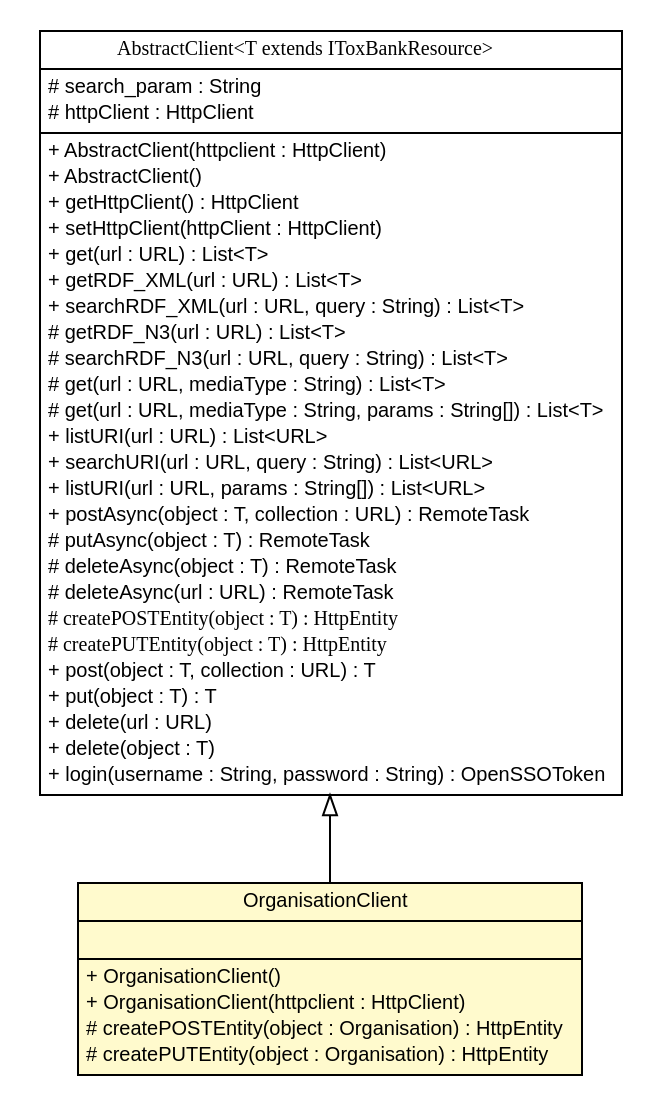
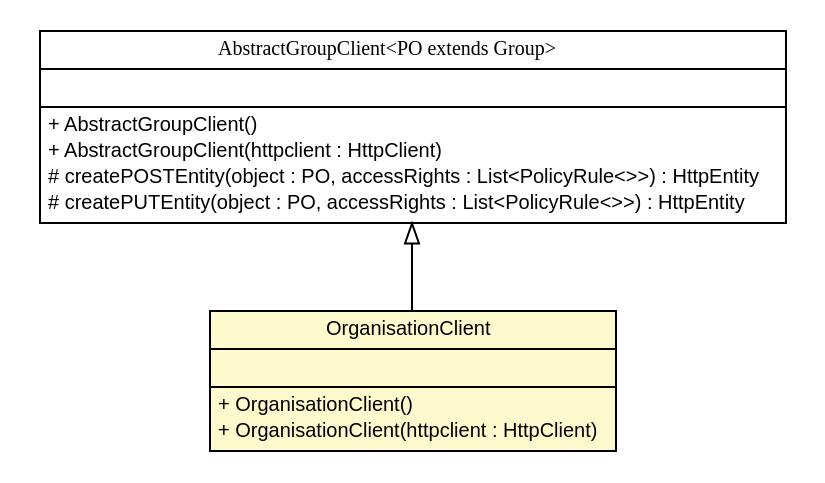
Before and after one commit to ToxBank/toxbank-api-client: the diagram in apidocs/net/toxbank/client/resource/OrganisationClient.dot, drawn with Graphviz. The commit also changed 329 other files, not shown here.

```diff
--- a/apidocs/net/toxbank/client/resource/OrganisationClient.dot
+++ b/apidocs/net/toxbank/client/resource/OrganisationClient.dot
@@ -1,64 +1,40 @@
 #!/usr/local/bin/dot
 #
 # Class diagram 
 # Generated by UmlGraph version 4.6 (http://www.spinellis.gr/sw/umlgraph)
 #
 
 digraph G {
 	edge [fontname="arial",fontsize=10,labelfontname="arial",labelfontsize=10];
 	node [fontname="arial",fontsize=10,shape=plaintext];
 	// net.toxbank.client.resource.OrganisationClient
-	c335 [label=<<table border="0" cellborder="1" cellspacing="0" cellpadding="2" port="p" bgcolor="lemonChiffon" href="./OrganisationClient.html">
+	c352 [label=<<table border="0" cellborder="1" cellspacing="0" cellpadding="2" port="p" bgcolor="lemonChiffon" href="./OrganisationClient.html">
 		<tr><td><table border="0" cellspacing="0" cellpadding="1">
 			<tr><td> OrganisationClient </td></tr>
 		</table></td></tr>
 		<tr><td><table border="0" cellspacing="0" cellpadding="1">
 			<tr><td align="left">  </td></tr>
 		</table></td></tr>
 		<tr><td><table border="0" cellspacing="0" cellpadding="1">
 			<tr><td align="left"> + OrganisationClient() </td></tr>
 			<tr><td align="left"> + OrganisationClient(httpclient : HttpClient) </td></tr>
-			<tr><td align="left"> # createPOSTEntity(object : Organisation) : HttpEntity </td></tr>
-			<tr><td align="left"> # createPUTEntity(object : Organisation) : HttpEntity </td></tr>
 		</table></td></tr>
 		</table>>, fontname="arial", fontcolor="black", fontsize=10.0];
-	// net.toxbank.client.resource.AbstractClient<T extends net.toxbank.client.resource.IToxBankResource>
-	c341 [label=<<table border="0" cellborder="1" cellspacing="0" cellpadding="2" port="p" href="./AbstractClient.html">
+	// net.toxbank.client.resource.AbstractGroupClient<PO extends net.toxbank.client.resource.Group>
+	c358 [label=<<table border="0" cellborder="1" cellspacing="0" cellpadding="2" port="p" href="./AbstractGroupClient.html">
 		<tr><td><table border="0" cellspacing="0" cellpadding="1">
-			<tr><td><font face="ariali"> AbstractClient&lt;T extends IToxBankResource&gt; </font></td></tr>
+			<tr><td><font face="ariali"> AbstractGroupClient&lt;PO extends Group&gt; </font></td></tr>
 		</table></td></tr>
 		<tr><td><table border="0" cellspacing="0" cellpadding="1">
-			<tr><td align="left"> # search_param : String </td></tr>
-			<tr><td align="left"> # httpClient : HttpClient </td></tr>
+			<tr><td align="left">  </td></tr>
 		</table></td></tr>
 		<tr><td><table border="0" cellspacing="0" cellpadding="1">
-			<tr><td align="left"> + AbstractClient(httpclient : HttpClient) </td></tr>
-			<tr><td align="left"> + AbstractClient() </td></tr>
-			<tr><td align="left"> + getHttpClient() : HttpClient </td></tr>
-			<tr><td align="left"> + setHttpClient(httpClient : HttpClient) </td></tr>
-			<tr><td align="left"> + get(url : URL) : List&lt;T&gt; </td></tr>
-			<tr><td align="left"> + getRDF_XML(url : URL) : List&lt;T&gt; </td></tr>
-			<tr><td align="left"> + searchRDF_XML(url : URL, query : String) : List&lt;T&gt; </td></tr>
-			<tr><td align="left"> # getRDF_N3(url : URL) : List&lt;T&gt; </td></tr>
-			<tr><td align="left"> # searchRDF_N3(url : URL, query : String) : List&lt;T&gt; </td></tr>
-			<tr><td align="left"> # get(url : URL, mediaType : String) : List&lt;T&gt; </td></tr>
-			<tr><td align="left"> # get(url : URL, mediaType : String, params : String[]) : List&lt;T&gt; </td></tr>
-			<tr><td align="left"> + listURI(url : URL) : List&lt;URL&gt; </td></tr>
-			<tr><td align="left"> + searchURI(url : URL, query : String) : List&lt;URL&gt; </td></tr>
-			<tr><td align="left"> + listURI(url : URL, params : String[]) : List&lt;URL&gt; </td></tr>
-			<tr><td align="left"> + postAsync(object : T, collection : URL) : RemoteTask </td></tr>
-			<tr><td align="left"> # putAsync(object : T) : RemoteTask </td></tr>
-			<tr><td align="left"> # deleteAsync(object : T) : RemoteTask </td></tr>
-			<tr><td align="left"> # deleteAsync(url : URL) : RemoteTask </td></tr>
-			<tr><td align="left"><font face="ariali" point-size="10.0"> # createPOSTEntity(object : T) : HttpEntity </font></td></tr>
-			<tr><td align="left"><font face="ariali" point-size="10.0"> # createPUTEntity(object : T) : HttpEntity </font></td></tr>
-			<tr><td align="left"> + post(object : T, collection : URL) : T </td></tr>
-			<tr><td align="left"> + put(object : T) : T </td></tr>
-			<tr><td align="left"> + delete(url : URL) </td></tr>
-			<tr><td align="left"> + delete(object : T) </td></tr>
-			<tr><td align="left"> + login(username : String, password : String) : OpenSSOToken </td></tr>
+			<tr><td align="left"> + AbstractGroupClient() </td></tr>
+			<tr><td align="left"> + AbstractGroupClient(httpclient : HttpClient) </td></tr>
+			<tr><td align="left"> # createPOSTEntity(object : PO, accessRights : List&lt;PolicyRule&lt;&gt;&gt;) : HttpEntity </td></tr>
+			<tr><td align="left"> # createPUTEntity(object : PO, accessRights : List&lt;PolicyRule&lt;&gt;&gt;) : HttpEntity </td></tr>
 		</table></td></tr>
 		</table>>, fontname="arial", fontcolor="black", fontsize=10.0];
-	//net.toxbank.client.resource.OrganisationClient extends net.toxbank.client.resource.AbstractClient<net.toxbank.client.resource.Organisation>
-	c341:p -> c335:p [dir=back,arrowtail=empty];
+	//net.toxbank.client.resource.OrganisationClient extends net.toxbank.client.resource.AbstractGroupClient<net.toxbank.client.resource.Organisation>
+	c358:p -> c352:p [dir=back,arrowtail=empty];
 }
```
